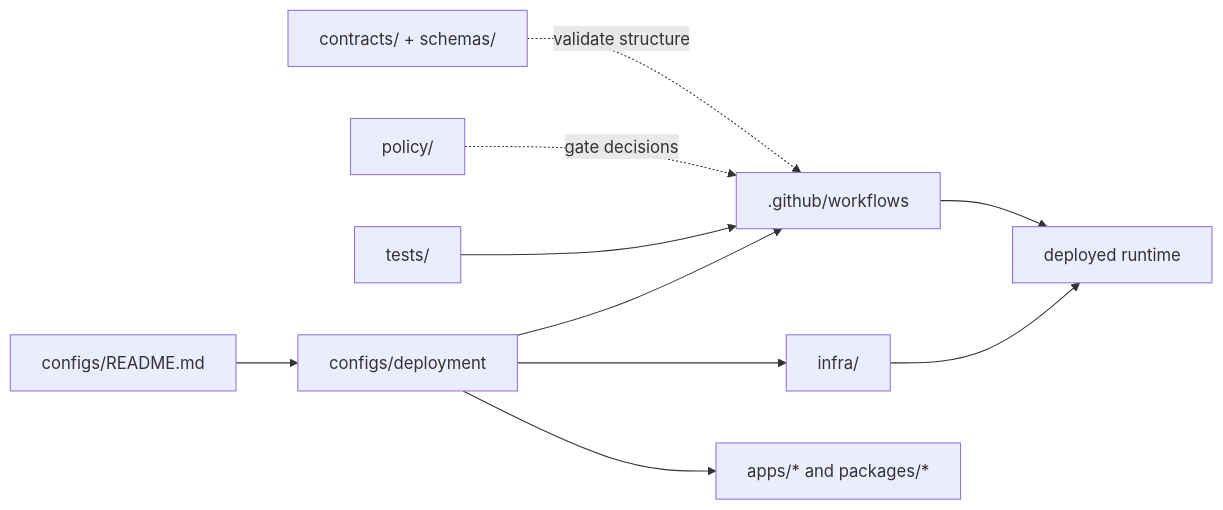
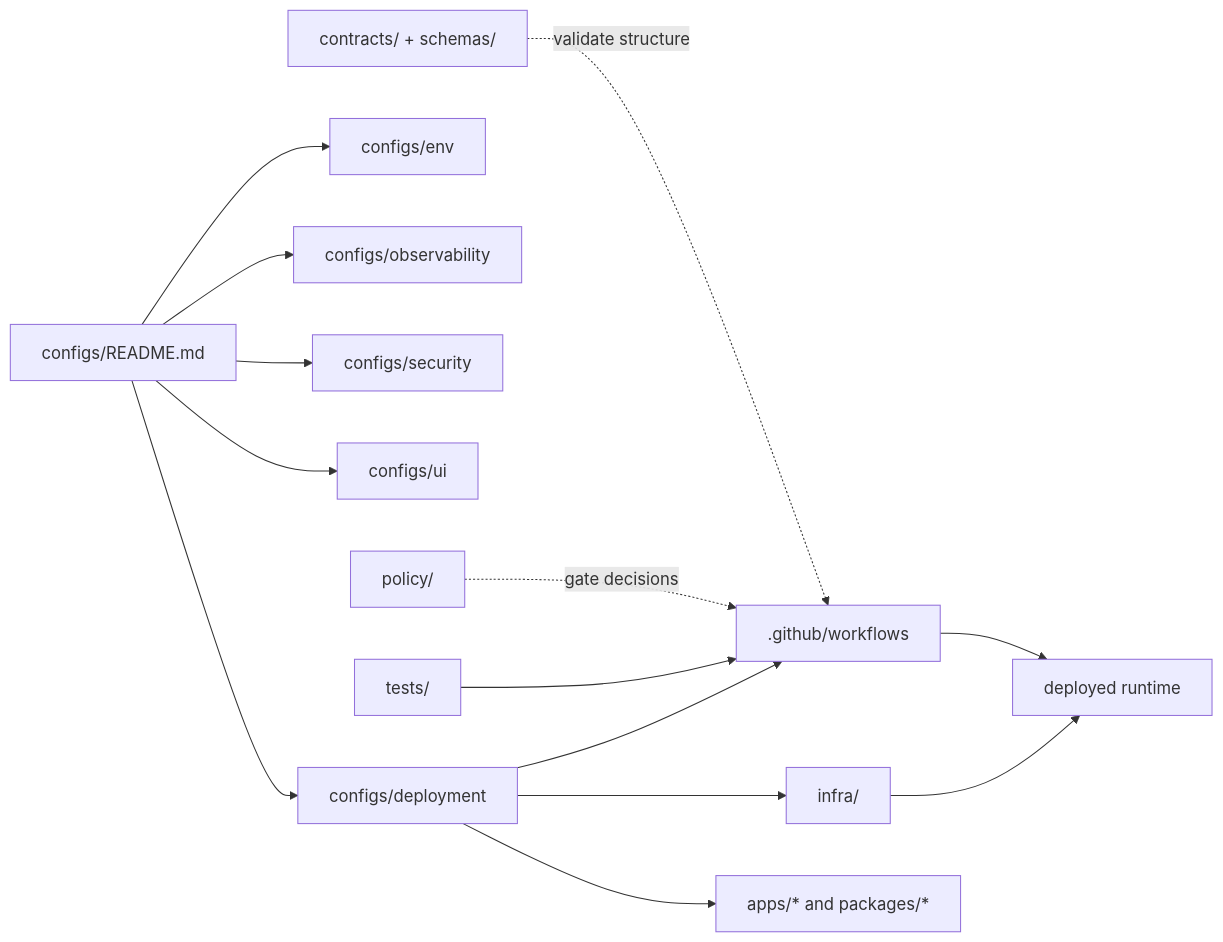
The diagram in configs/deployment/README.md (bartytime4life/Kansas-Frontier-Matrix), drawn with Mermaid before and after one commit. The commit also changed other lines of this file, not shown here.

````diff
--- a/configs/deployment/README.md
+++ b/configs/deployment/README.md
@@ -266,22 +292,31 @@
 ```mermaid
 flowchart LR
+    CR[configs/README.md]
     C[configs/deployment]
-    CR[configs/README.md]
+    ES[configs/env]
+    O[configs/observability]
+    S[configs/security]
+    U[configs/ui]
     W[.github/workflows]
     I[infra/]
     A[apps/* and packages/*]
     T[tests/]
     P[policy/]
     K[contracts/ + schemas/]
     R[deployed runtime]
 
     CR --> C
+    CR --> ES
+    CR --> O
+    CR --> S
+    CR --> U
+
     C --> A
     C --> W
     C --> I
     T --> W
     P -. gate decisions .-> W
     K -. validate structure .-> W
     I --> R
     W --> R
 ```
````
